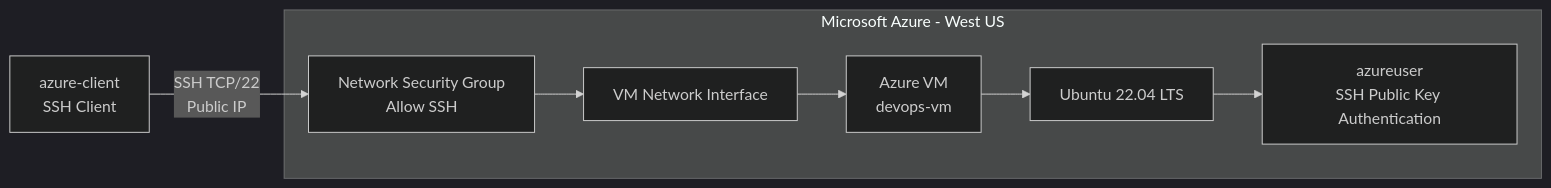
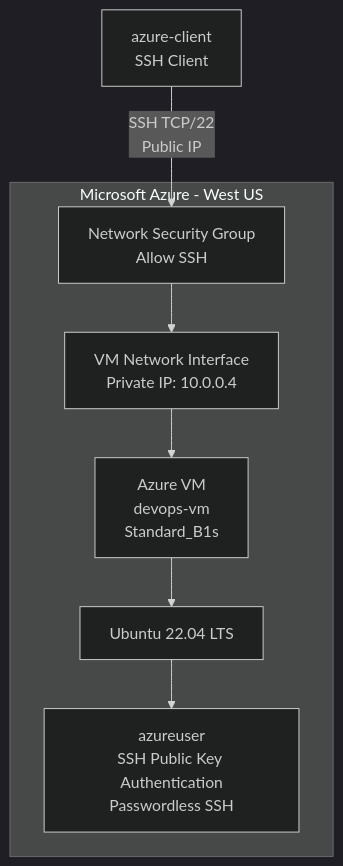
The diagram in Azure/Virtual-Machines/24-Create-VM-with-SSH-Access/README.md (aman-khadiya/cloud-labs), drawn with Mermaid (dark theme) before and after one commit.

Commit message:
Add Azure VM SSH access lab - Task 24

````diff
--- a/Azure/Virtual-Machines/24-Create-VM-with-SSH-Access/README.md
+++ b/Azure/Virtual-Machines/24-Create-VM-with-SSH-Access/README.md
@@ -86,16 +86,12 @@
 ```mermaid
-flowchart LR
+flowchart TB
+
     A[azure-client<br/>SSH Client] -->|SSH TCP/22<br/>Public IP| B[Network Security Group<br/>Allow SSH]
-    B --> C[VM Network Interface]
-    C --> D[Azure VM<br/>devops-vm]
-    D --> E[Ubuntu 22.04 LTS]
-    E --> F[azureuser<br/>SSH Public Key Authentication]
 
     subgraph AZ[Microsoft Azure - West US]
-        B
-        C
-        D
-        E
-        F
+        B --> C[VM Network Interface<br/>Private IP: 10.0.0.4]
+        C --> D[Azure VM<br/>devops-vm<br/>Standard_B1s]
+        D --> E[Ubuntu 22.04 LTS]
+        E --> F[azureuser<br/>SSH Public Key Authentication<br/>Passwordless SSH]
     end
 ```
````
